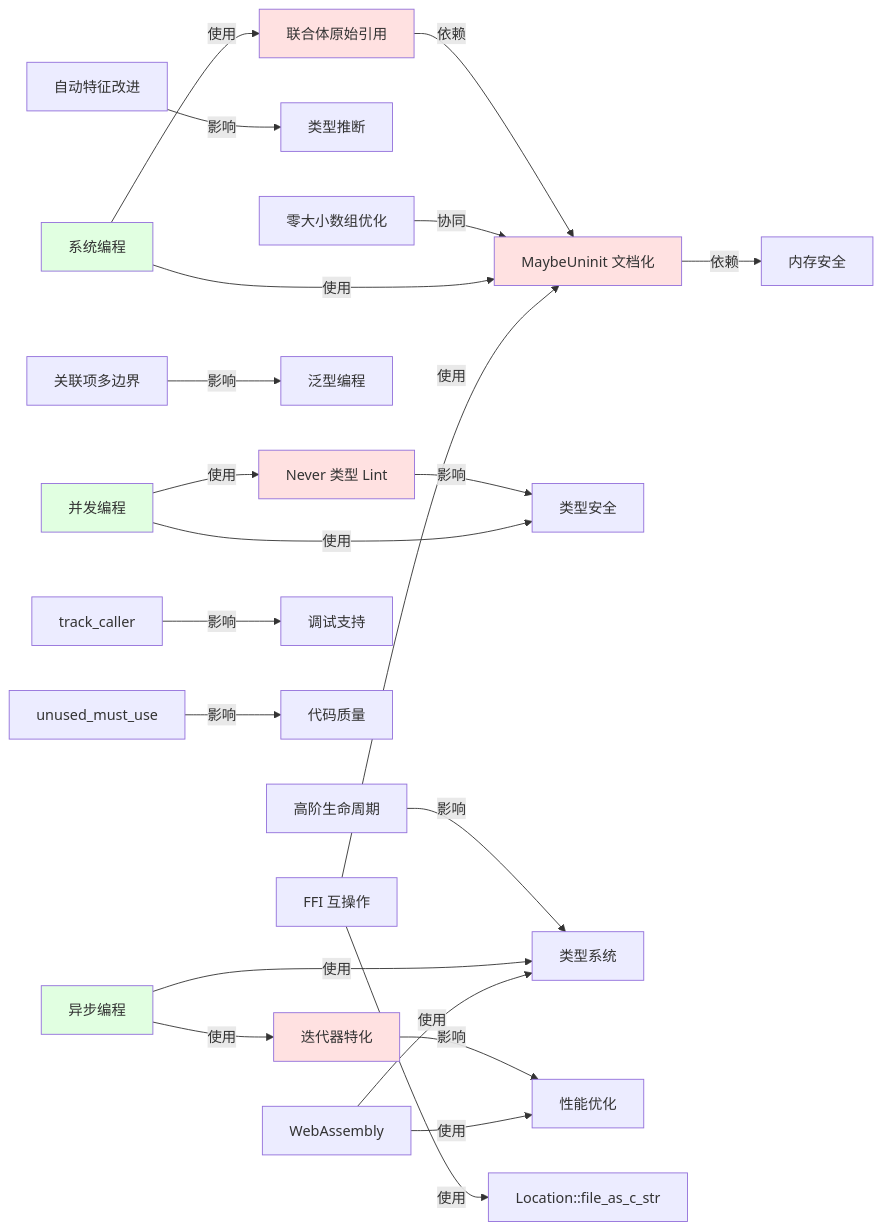
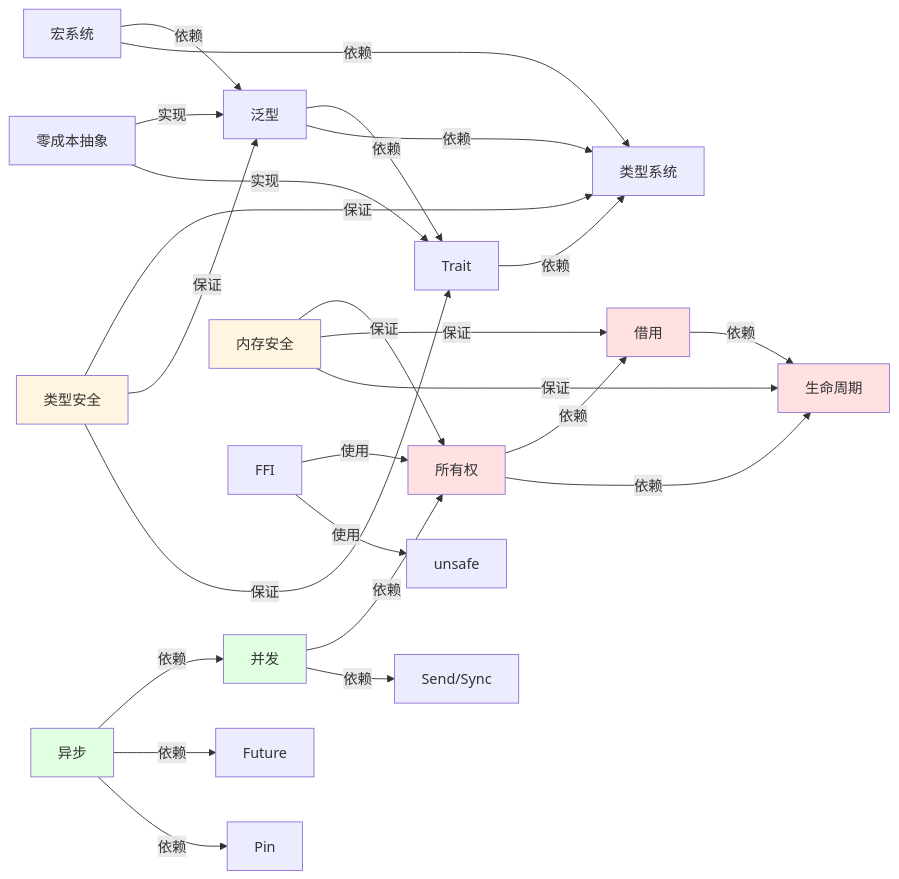
Before and after one commit to martin-ly/rust-lang: diagram 30 of 30 in docs/04_thinking/THINKING_REPRESENTATION_METHODS.md, drawn with Mermaid. The commit also changed other lines of this file and 86 other files, not shown here.

````diff
--- a/docs/04_thinking/THINKING_REPRESENTATION_METHODS.md
+++ b/docs/04_thinking/THINKING_REPRESENTATION_METHODS.md
@@ -857,32 +1317,42 @@
 ```mermaid
 graph LR
-    A[MaybeUninit 文档化] -->|依赖| B[内存安全]
-    C[联合体原始引用] -->|依赖| A
-    D[自动特征改进] -->|影响| E[类型推断]
-    F[零大小数组优化] -->|协同| A
-    G[Never 类型 Lint] -->|影响| H[类型安全]
-    I[关联项多边界] -->|影响| J[泛型编程]
-    K[高阶生命周期] -->|影响| L[类型系统]
-    M[迭代器特化] -->|影响| N[性能优化]
-    O[track_caller] -->|影响| P[调试支持]
-    Q[unused_must_use] -->|影响| R[代码质量]
-
-    S[系统编程] -->|使用| A
-    S -->|使用| C
-    T[异步编程] -->|使用| M
-    T -->|使用| L
-    U[并发编程] -->|使用| G
-    U -->|使用| H
-    V[WebAssembly] -->|使用| N
-    V -->|使用| L
-    W[FFI 互操作] -->|使用| A
-    W -->|使用| X[Location::file_as_c_str]
-
+    A[所有权] -->|依赖| B[借用]
+    A -->|依赖| C[生命周期]
+    B -->|依赖| C
+    
+    D[泛型] -->|依赖| E[Trait]
+    D -->|依赖| F[类型系统]
+    E -->|依赖| F
+    
+    G[并发] -->|依赖| A
+    G -->|依赖| H[Send/Sync]
+    
+    I[异步] -->|依赖| G
+    I -->|依赖| J[Future]
+    I -->|依赖| K[Pin]
+    
+    L[宏系统] -->|依赖| D
+    L -->|依赖| F
+    
+    M[内存安全] -->|保证| A
+    M -->|保证| B
+    M -->|保证| C
+    
+    N[类型安全] -->|保证| F
+    N -->|保证| D
+    N -->|保证| E
+    
+    O[零成本抽象] -->|实现| D
+    O -->|实现| E
+    
+    P[FFI] -->|使用| A
+    P -->|使用| Q[unsafe]
+    
     style A fill:#ffe1e1
+    style B fill:#ffe1e1
     style C fill:#ffe1e1
-    style G fill:#ffe1e1
-    style M fill:#ffe1e1
-    style S fill:#e1ffe1
-    style T fill:#e1ffe1
-    style U fill:#e1ffe1
+    style G fill:#e1ffe1
+    style I fill:#e1ffe1
+    style M fill:#fff5e1
+    style N fill:#fff5e1
 ```
````
